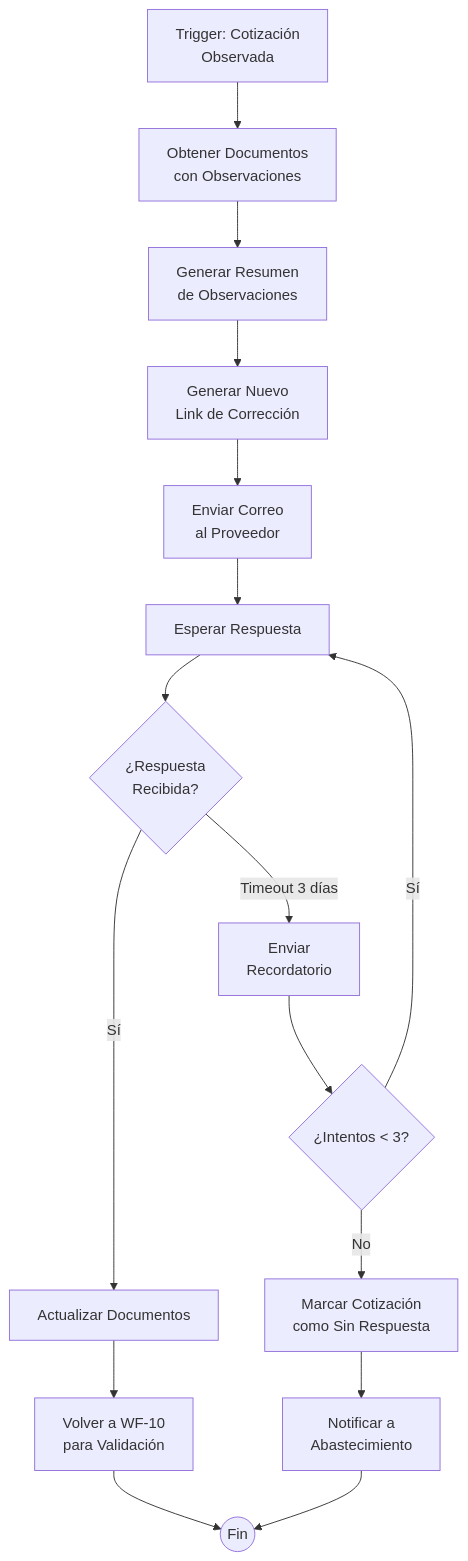
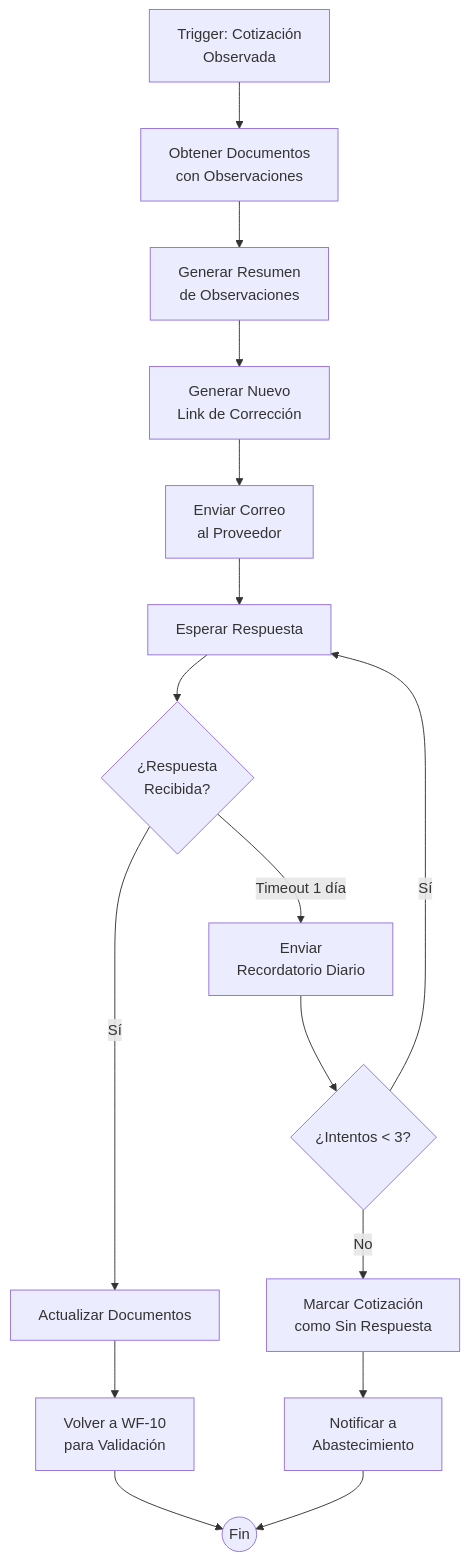
Diagram 18 of 21 in README.md (lfam200/WorkFlow-n8n), drawn with Mermaid before and after one commit. The commit also changed other lines of this file, not shown here.

````diff
--- a/README.md
+++ b/README.md
@@ -1069,23 +1404,23 @@
 ```mermaid
 flowchart TD
     A[Trigger: Cotización<br/>Observada] --> B[Obtener Documentos<br/>con Observaciones]
     
     B --> C[Generar Resumen<br/>de Observaciones]
     C --> D[Generar Nuevo<br/>Link de Corrección]
     D --> E[Enviar Correo<br/>al Proveedor]
     
     E --> F[Esperar Respuesta]
     F --> G{¿Respuesta<br/>Recibida?}
     
     G -->|Sí| H[Actualizar Documentos]
     H --> I[Volver a WF-10<br/>para Validación]
     I --> J((Fin))
     
-    G -->|Timeout 3 días| K[Enviar<br/>Recordatorio]
+    G -->|Timeout 1 día| K[Enviar<br/>Recordatorio Diario]
     K --> L{¿Intentos < 3?}
     
     L -->|Sí| F
     L -->|No| M[Marcar Cotización<br/>como Sin Respuesta]
     M --> N[Notificar a<br/>Abastecimiento]
     N --> J
 ```
````
